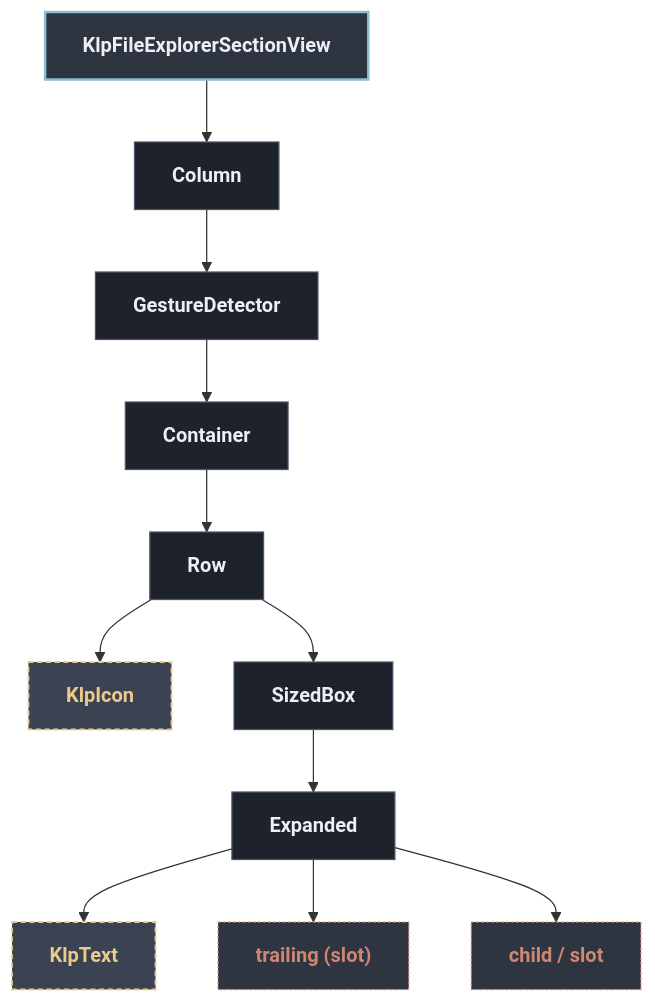
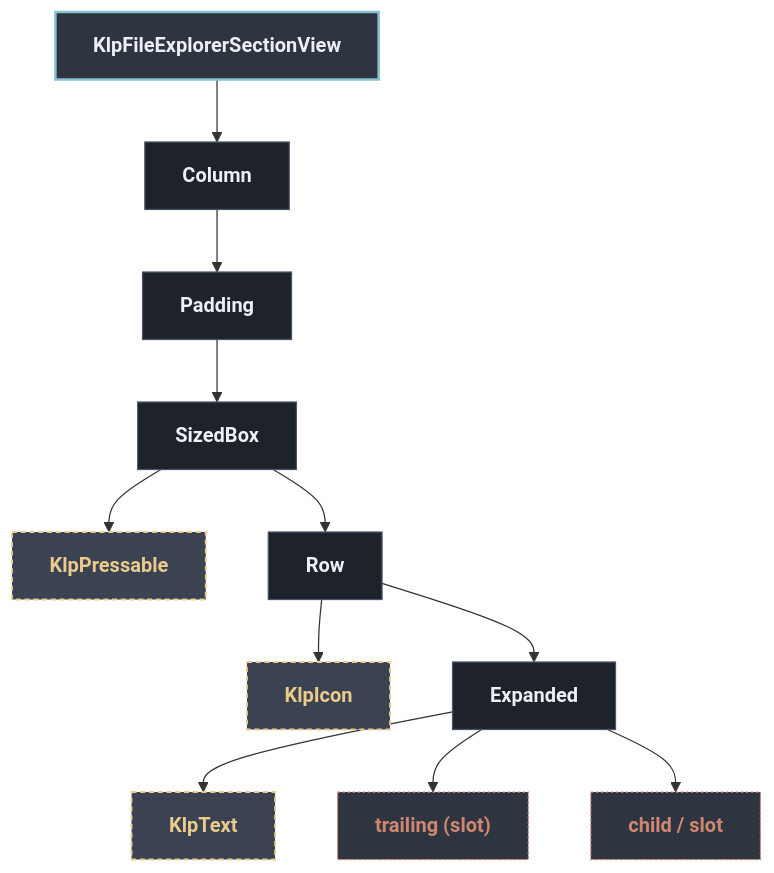
Before and after one commit to MiuDog/Kallopis: the diagram in docs/architecture/components/navigation/klp_file_explorer_section_view.md, drawn with Mermaid. The commit also changed other lines of this file and 1105 other files, not shown here.

Commit message:
refactor: establish semantic design architecture

````diff
--- a/docs/architecture/components/navigation/klp_file_explorer_section_view.md
+++ b/docs/architecture/components/navigation/klp_file_explorer_section_view.md
@@ -13,30 +13,30 @@
 ```mermaid
 flowchart TD
   classDef default fill:#1E222B,stroke:#4C566A,stroke-width:1px,color:#ECEFF4;
   classDef root fill:#2E3440,stroke:#88C0D0,stroke-width:2px,color:#ECEFF4,font-weight:bold;
   classDef reference fill:#3B4252,stroke:#EBCB8B,stroke-width:1.5px,stroke-dasharray: 4 3,color:#EBCB8B;
   classDef container fill:#2E3440,stroke:#A3BE8C,stroke-width:1.5px,color:#A3BE8C;
   classDef slot fill:#2E3440,stroke:#D08770,stroke-width:1px,stroke-dasharray: 2 2,color:#D08770;
 
   root["KlpFileExplorerSectionView"]:::root
   n1["Column"]
   root --> n1
-  n2["GestureDetector"]
+  n2["Padding"]
   n1 --> n2
-  n3["Container"]
+  n3["SizedBox"]
   n2 --> n3
-  n4["Row"]
+  n4["KlpPressable"]:::reference
   n3 --> n4
-  n5["KlpIcon"]:::reference
-  n4 --> n5
-  n6["SizedBox"]
-  n4 --> n6
+  n5["Row"]
+  n3 --> n5
+  n6["KlpIcon"]:::reference
+  n5 --> n6
   n7["Expanded"]
-  n6 --> n7
+  n5 --> n7
   n8["KlpText"]:::reference
   n7 --> n8
   n9["trailing (slot)"]:::slot
   n7 --> n9
   n10["child / slot"]:::slot
   n7 --> n10
 ```
````
